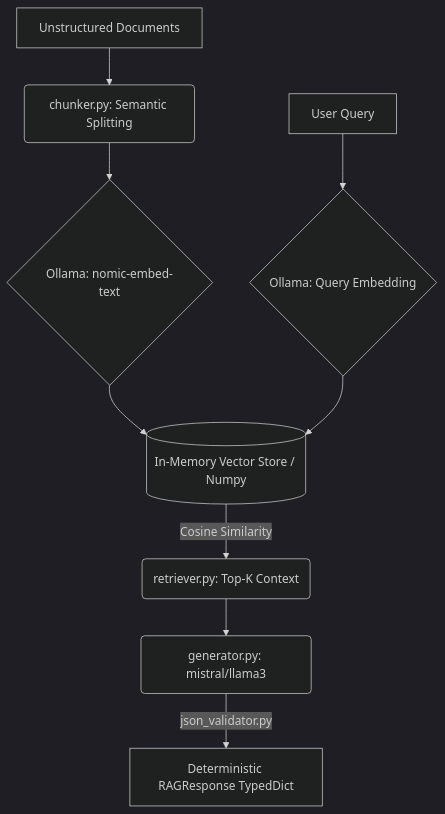
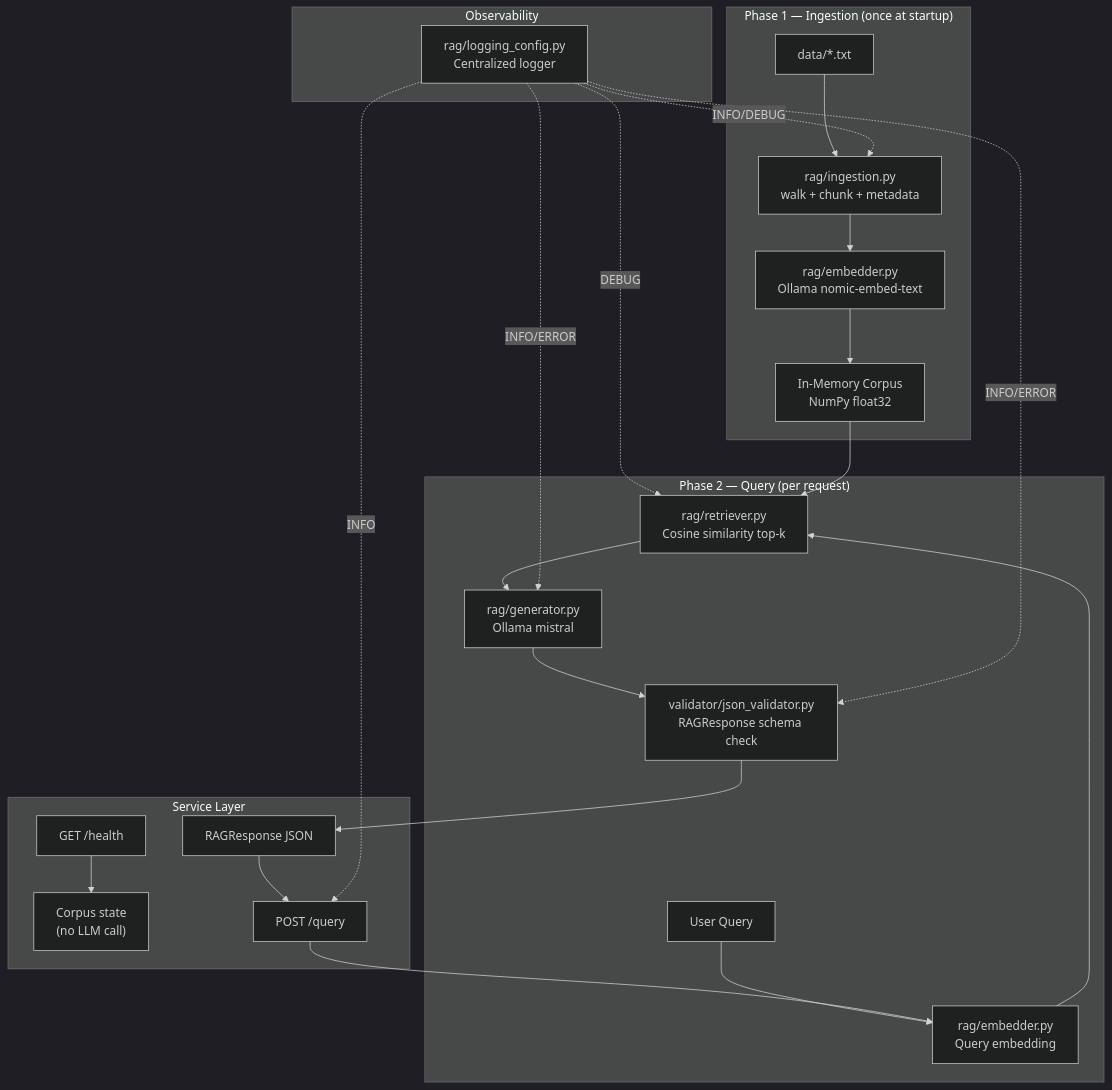
The diagram in README.md (pavann19/enterprise-rag-system), drawn with Mermaid (dark theme) before and after one commit. The commit also changed other lines of this file, not shown here.

First line of the commit message:
docs: update README — architecture diagram, API Usage, Observability

````diff
--- a/README.md
+++ b/README.md
@@ -13,11 +13,33 @@
 ```mermaid
 graph TD
-    A[Unstructured Documents] --> B(chunker.py: Semantic Splitting)
-    B --> C{Ollama: nomic-embed-text}
-    C --> D[(In-Memory Vector Store / Numpy)]
-    E[User Query] --> F{Ollama: Query Embedding}
-    F --> D
-    D -->|Cosine Similarity| G(retriever.py: Top-K Context)
-    G --> H(generator.py: mistral/llama3)
-    H -->|json_validator.py| I[Deterministic RAGResponse TypedDict]
+    subgraph Ingestion ["Phase 1 — Ingestion (once at startup)"]
+        A["data/*.txt"] --> B["rag/ingestion.py\nwalk + chunk + metadata"]
+        B --> C["rag/embedder.py\nOllama nomic-embed-text"]
+        C --> D["In-Memory Corpus\nNumPy float32"]
+    end
+
+    subgraph Query ["Phase 2 — Query (per request)"]
+        E["User Query"] --> F["rag/embedder.py\nQuery embedding"]
+        F --> G["rag/retriever.py\nCosine similarity top-k"]
+        G --> H["rag/generator.py\nOllama mistral"]
+        H --> I["validator/json_validator.py\nRAGResponse schema check"]
+    end
+
+    subgraph ServiceLayer ["Service Layer"]
+        J["GET /health"] --> K["Corpus state\n(no LLM call)"]
+        L["POST /query"] --> F
+        I --> M["RAGResponse JSON"]
+        M --> L
+    end
+
+    subgraph Observability ["Observability"]
+        N["rag/logging_config.py\nCentralized logger"]
+        N -.->|INFO/DEBUG| B
+        N -.->|DEBUG| G
+        N -.->|INFO/ERROR| H
+        N -.->|INFO/ERROR| I
+        N -.->|INFO| L
+    end
+
+    D --> G
 ```
````
